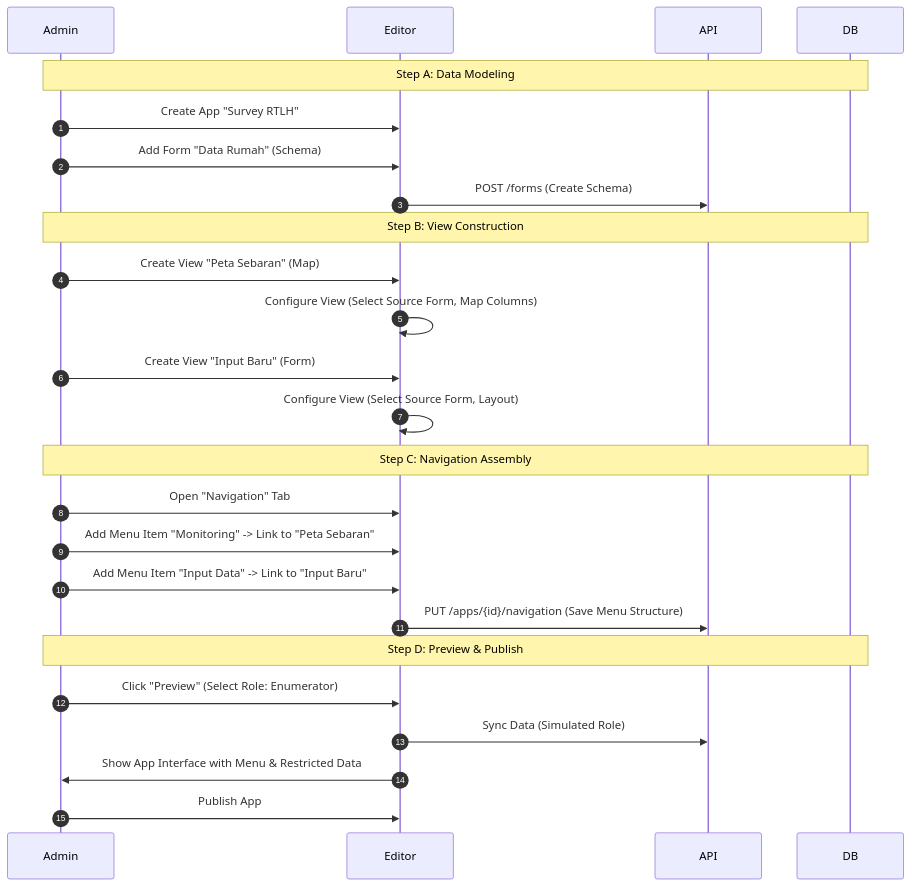
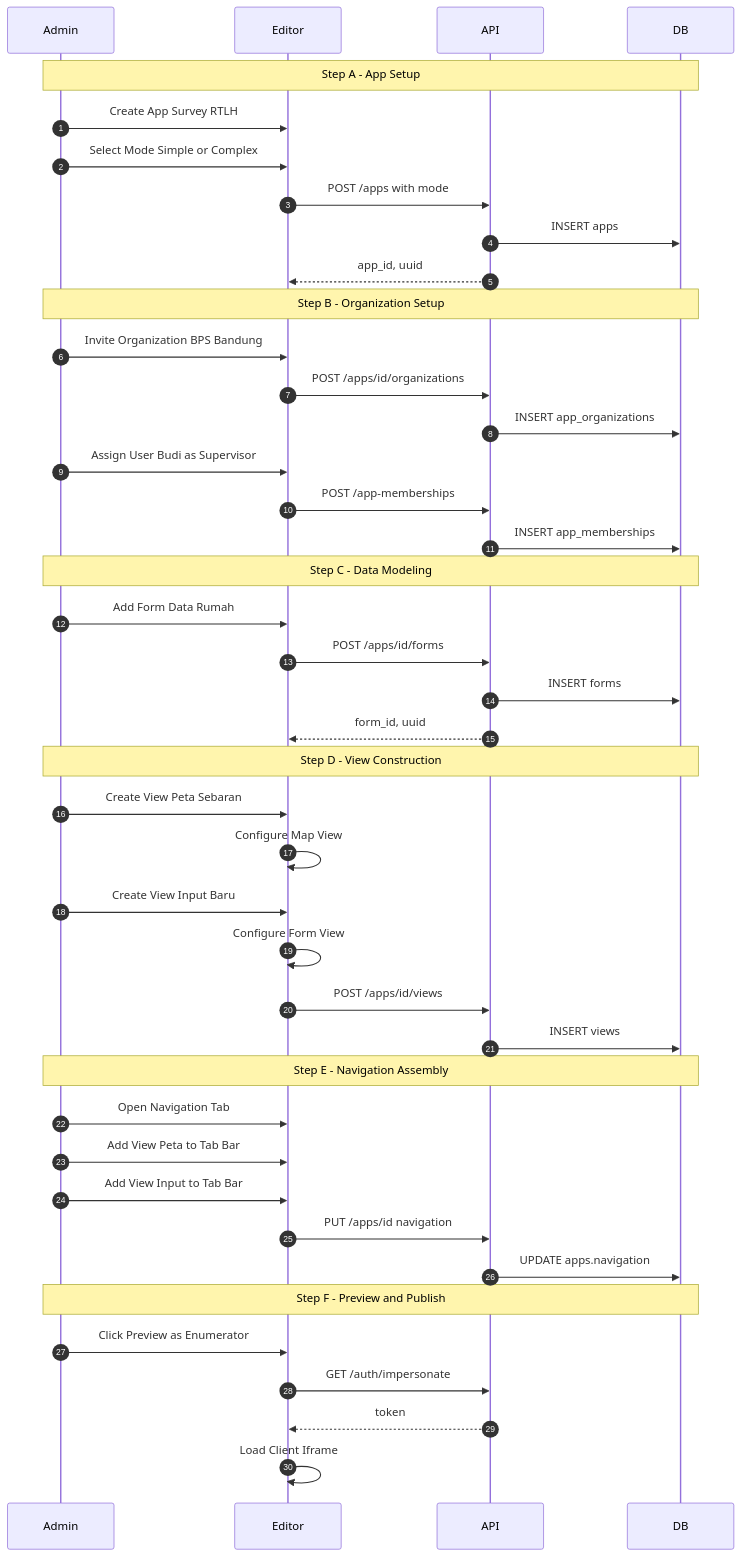
One commit to ihkaru/cerdas changed the third of 6 diagrams in docs/FORM_EDITOR_WORKFLOW.md. Above: the diagram before and after it, drawn with Mermaid. The commit also changed other lines of this file and 44 other files, not shown here.

````diff
--- a/docs/FORM_EDITOR_WORKFLOW.md
+++ b/docs/FORM_EDITOR_WORKFLOW.md
@@ -82,32 +165,50 @@
 ```mermaid
 sequenceDiagram
     autonumber
     participant Admin
     participant Editor
     participant API
     participant DB
 
-    Note over Admin,DB: Step A: Data Modeling
-    Admin->>Editor: Create App "Survey RTLH"
-    Admin->>Editor: Add Form "Data Rumah" (Schema)
-    Editor->>API: POST /forms (Create Schema)
+    Note over Admin,DB: Step A - App Setup
+    Admin->>Editor: Create App Survey RTLH
+    Admin->>Editor: Select Mode Simple or Complex
+    Editor->>API: POST /apps with mode
+    API->>DB: INSERT apps
+    API-->>Editor: app_id, uuid
     
-    Note over Admin,DB: Step B: View Construction
-    Admin->>Editor: Create View "Peta Sebaran" (Map)
-    Editor->>Editor: Configure View (Select Source Form, Map Columns)
+    Note over Admin,DB: Step B - Organization Setup
+    Admin->>Editor: Invite Organization BPS Bandung
+    Editor->>API: POST /apps/id/organizations
+    API->>DB: INSERT app_organizations
+    Admin->>Editor: Assign User Budi as Supervisor
+    Editor->>API: POST /app-memberships
+    API->>DB: INSERT app_memberships
     
-    Admin->>Editor: Create View "Input Baru" (Form)
-    Editor->>Editor: Configure View (Select Source Form, Layout)
+    Note over Admin,DB: Step C - Data Modeling
+    Admin->>Editor: Add Form Data Rumah
+    Editor->>API: POST /apps/id/forms
+    API->>DB: INSERT forms
+    API-->>Editor: form_id, uuid
     
-    Note over Admin,DB: Step C: Navigation Assembly
-    Admin->>Editor: Open "Navigation" Tab
-    Admin->>Editor: Add Menu Item "Monitoring" -> Link to "Peta Sebaran"
-    Admin->>Editor: Add Menu Item "Input Data" -> Link to "Input Baru"
-    Editor->>API: PUT /apps/{id}/navigation (Save Menu Structure)
+    Note over Admin,DB: Step D - View Construction
+    Admin->>Editor: Create View Peta Sebaran
+    Editor->>Editor: Configure Map View
+    Admin->>Editor: Create View Input Baru
+    Editor->>Editor: Configure Form View
+    Editor->>API: POST /apps/id/views
+    API->>DB: INSERT views
+    
+    Note over Admin,DB: Step E - Navigation Assembly
+    Admin->>Editor: Open Navigation Tab
+    Admin->>Editor: Add View Peta to Tab Bar
+    Admin->>Editor: Add View Input to Tab Bar
+    Editor->>API: PUT /apps/id navigation
+    API->>DB: UPDATE apps.navigation
 
-    Note over Admin,DB: Step D: Preview & Publish
-    Admin->>Editor: Click "Preview" (Select Role: Enumerator)
-    Editor->>API: Sync Data (Simulated Role)
-    Editor->>Admin: Show App Interface with Menu & Restricted Data
-    Admin->>Editor: Publish App
+    Note over Admin,DB: Step F - Preview and Publish
+    Admin->>Editor: Click Preview as Enumerator
+    Editor->>API: GET /auth/impersonate
+    API-->>Editor: token
+    Editor->>Editor: Load Client Iframe
 ```
````
